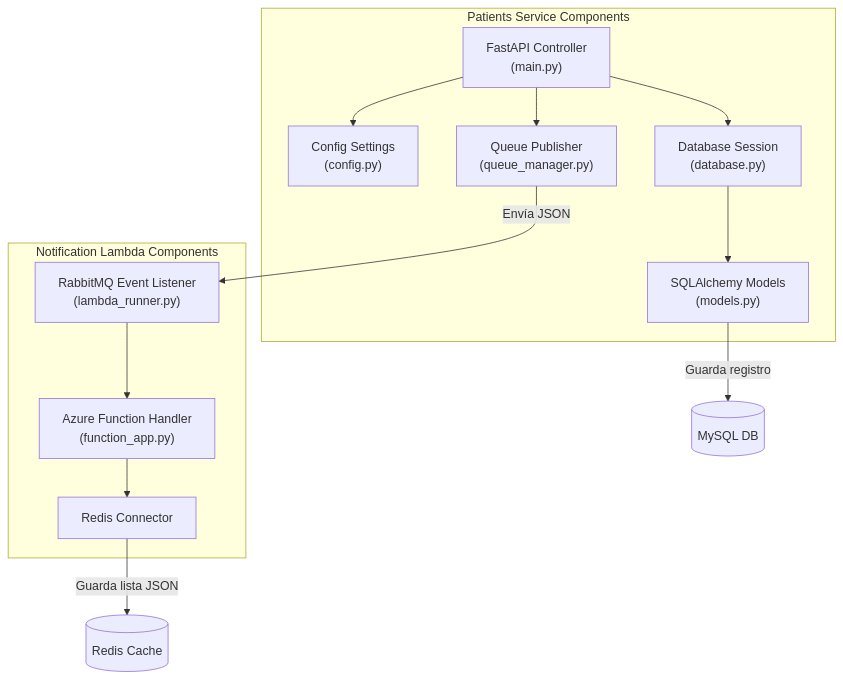
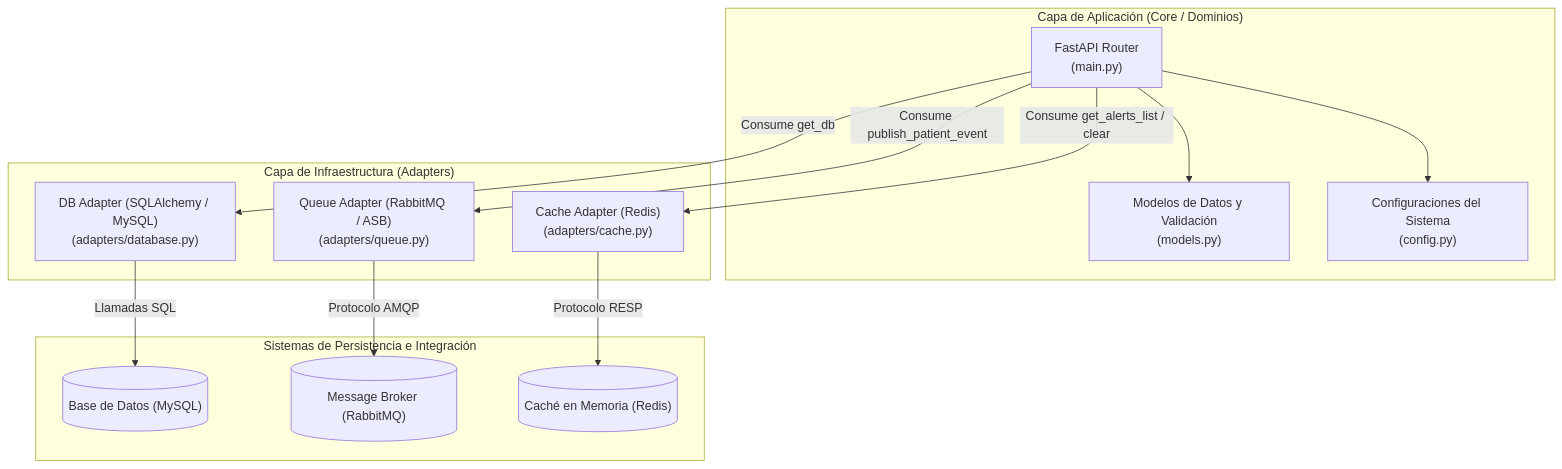
The third of 4 diagrams in medical/docs/arquitectura_c4.md (TheRealJeankisK/SGIP-crm-ecosystem), drawn with Mermaid before and after one commit. The commit also changed other lines of this file and 15 other files, not shown here.

Commit message:
Refactor: implementar arquitectura hexagonal y agregar diagrama de despliegue local de docker compose

````diff
--- a/medical/docs/arquitectura_c4.md
+++ b/medical/docs/arquitectura_c4.md
@@ -81,28 +81,31 @@
 ```mermaid
 graph TB
-    subgraph "Patients Service Components"
-        API["FastAPI Controller<br>(main.py)"]
-        Config["Config Settings<br>(config.py)"]
-        DBConn["Database Session<br>(database.py)"]
-        ORM["SQLAlchemy Models<br>(models.py)"]
-        Publisher["Queue Publisher<br>(queue_manager.py)"]
-        
-        API --> Config
-        API --> DBConn
-        DBConn --> ORM
-        API --> Publisher
+    subgraph CapaAplicacion ["Capa de Aplicación (Core / Dominios)"]
+        API["FastAPI Router<br>(main.py)"]
+        Models["Modelos de Datos y Validación<br>(models.py)"]
+        Config["Configuraciones del Sistema<br>(config.py)"]
     end
+
+    subgraph CapaInfraestructura ["Capa de Infraestructura (Adapters)"]
+        DBAdapter["DB Adapter (SQLAlchemy / MySQL)<br>(adapters/database.py)"]
+        QueueAdapter["Queue Adapter (RabbitMQ / ASB)<br>(adapters/queue.py)"]
+        CacheAdapter["Cache Adapter (Redis)<br>(adapters/cache.py)"]
+    end
+
+    subgraph ServidoresExternos ["Sistemas de Persistencia e Integración"]
+        MySQL[("Base de Datos (MySQL)")]
+        RabbitMQ[("Message Broker (RabbitMQ)")]
+        Redis[("Caché en Memoria (Redis)")]
+    end
+
+    API --> Models
+    API --> Config
     
-    subgraph "Notification Lambda Components"
-        Runner["RabbitMQ Event Listener<br>(lambda_runner.py)"]
-        Handler["Azure Function Handler<br>(function_app.py)"]
-        RedisClient["Redis Connector"]
-        
-        Runner --> Handler
-        Handler --> RedisClient
-    end
-    
-    Publisher -->|Envía JSON| Runner
-    RedisClient -->|Guarda lista JSON| Cache[(Redis Cache)]
-    ORM -->|Guarda registro| DB[(MySQL DB)]
+    API -->|Consume get_db| DBAdapter
+    API -->|Consume publish_patient_event| QueueAdapter
+    API -->|Consume get_alerts_list / clear| CacheAdapter
+
+    DBAdapter -->|Llamadas SQL| MySQL
+    QueueAdapter -->|Protocolo AMQP| RabbitMQ
+    CacheAdapter -->|Protocolo RESP| Redis
 ```
````
